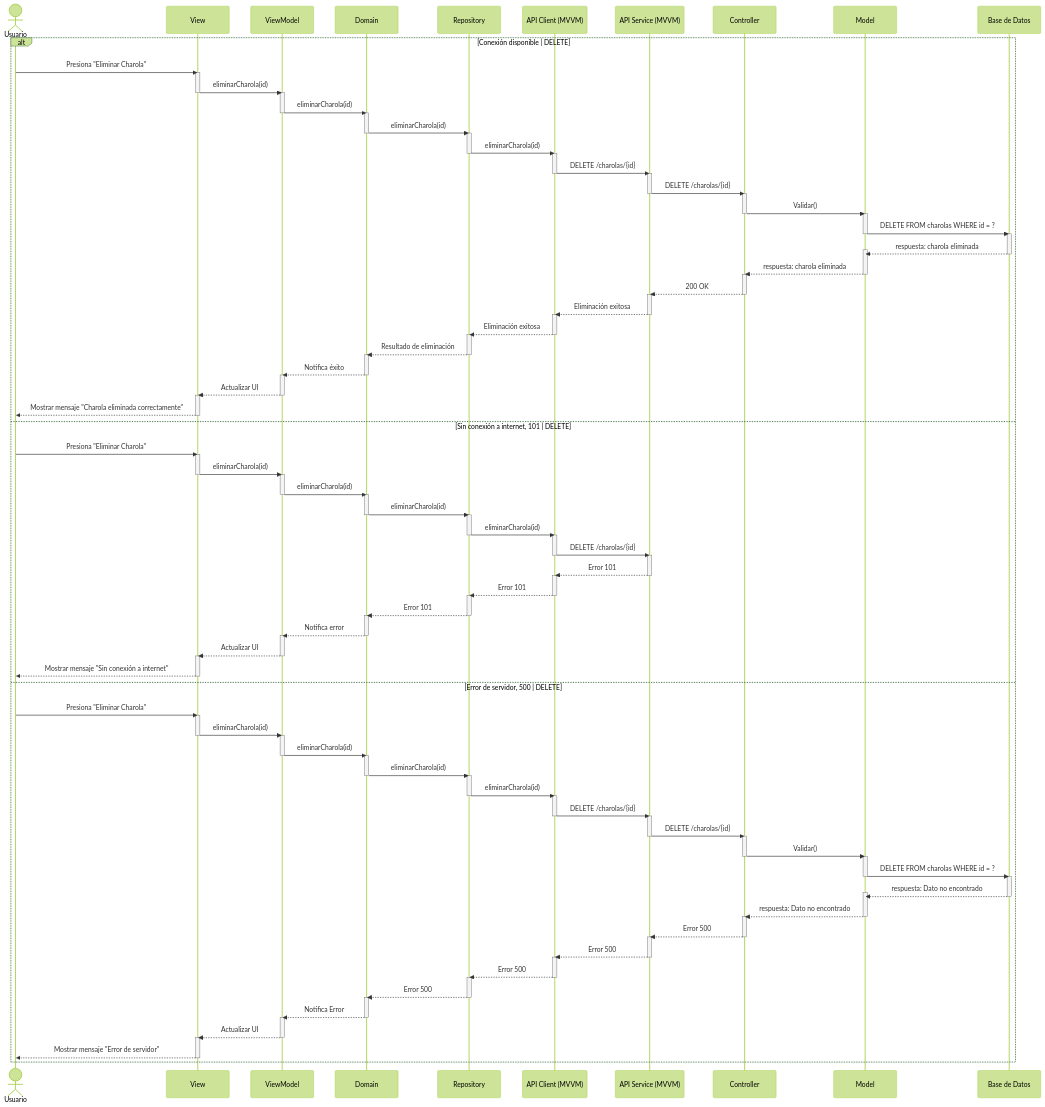
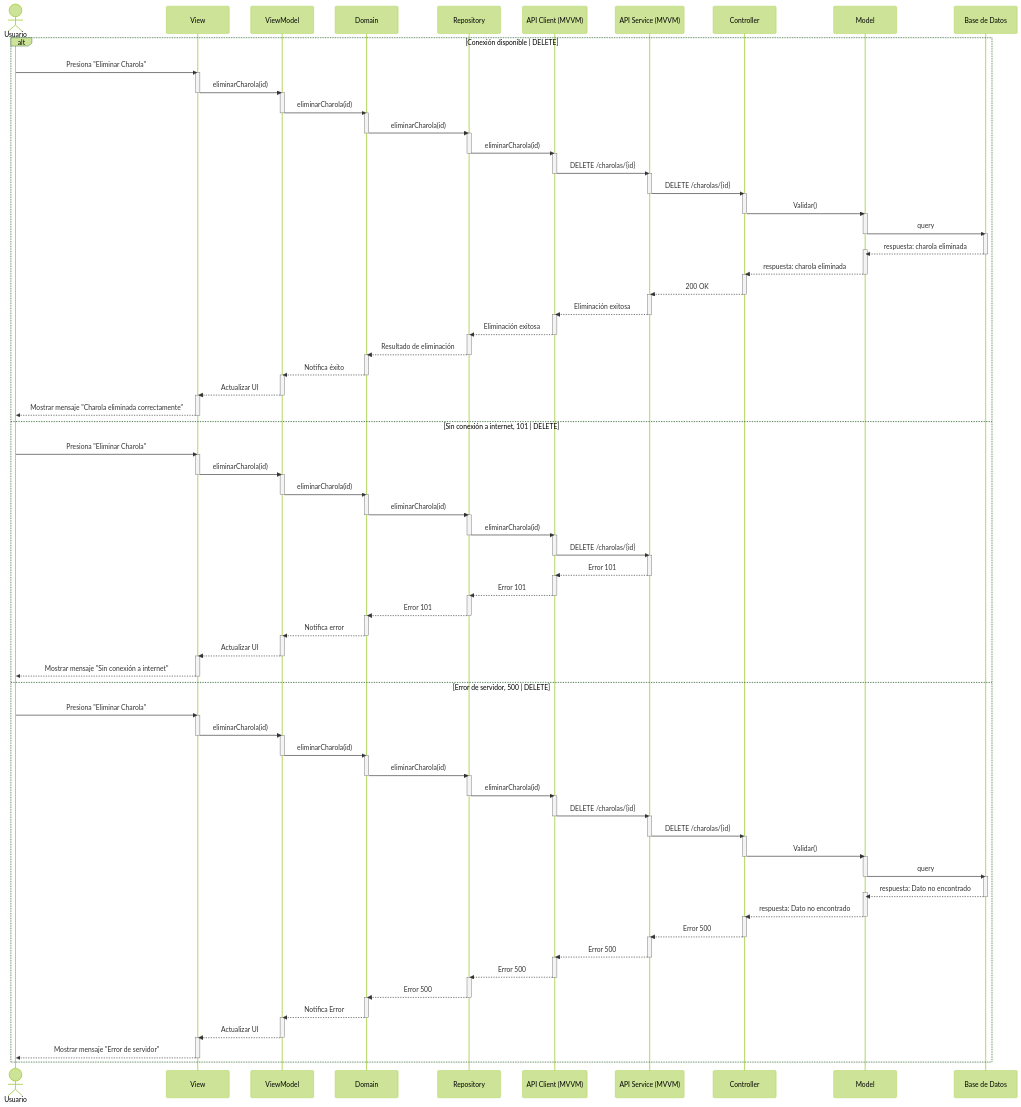
One commit to CodeAnd-Co/Documentacion changed the diagram in documentation/docs/proyectos/larvas/documentacion/requisitos/RF8.md. Above: the diagram before and after it, drawn with Mermaid (forest theme). The commit also changed other lines of this file and 21 other files, not shown here.

```diff
--- a/documentation/docs/proyectos/larvas/documentacion/requisitos/RF8.md
+++ b/documentation/docs/proyectos/larvas/documentacion/requisitos/RF8.md
@@ -67,7 +65,7 @@
         deactivate Controller
         activate Model
 
-        Model ->> Database: DELETE FROM charolas WHERE id = ?
+        Model ->> Database: query
         deactivate Model
         activate Database
 
@@ -185,7 +183,7 @@
         deactivate Controller
         activate Model
 
-        Model ->> Database: DELETE FROM charolas WHERE id = ?
+        Model ->> Database: query
         deactivate Model
         activate Database
 
```
